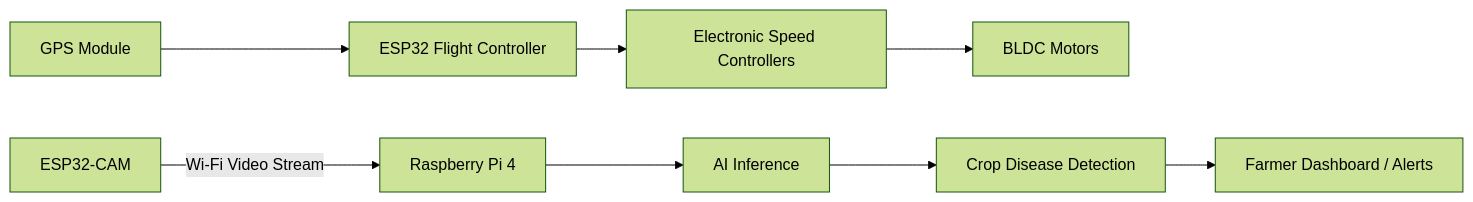
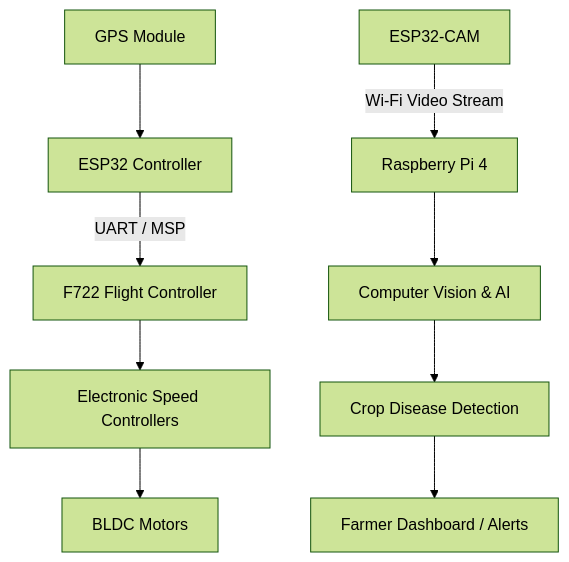
Before and after one commit to aarushpandit01/Agrosense-Drone: the diagram in README.md, drawn with Mermaid (forest theme). The commit also changed other lines of this file, not shown here.

````diff
--- a/README.md
+++ b/README.md
@@ -5,23 +7,27 @@
 ```mermaid
-flowchart LR
+flowchart TD
 
-    GPS[GPS Module]
-    ESP32[ESP32 Flight Controller]
-    ESC[Electronic Speed Controllers]
-    MOTOR[BLDC Motors]
+%% Flight Control
+GPS[GPS Module]
+ESP32[ESP32 Controller]
+F722[F722 Flight Controller]
+ESC[Electronic Speed Controllers]
+MOTORS[BLDC Motors]
 
-    CAM[ESP32-CAM]
-    PI[Raspberry Pi 4]
-    AI[AI Inference]
-    DISEASE[Crop Disease Detection]
-    DASH[Farmer Dashboard / Alerts]
+GPS --> ESP32
+ESP32 -->|UART / MSP| F722
+F722 --> ESC
+ESC --> MOTORS
 
-    GPS --> ESP32
-    ESP32 --> ESC
-    ESC --> MOTOR
+%% AI Pipeline
+CAM[ESP32-CAM]
+PI[Raspberry Pi 4]
+AI[Computer Vision & AI]
+DISEASE[Crop Disease Detection]
+ALERTS[Farmer Dashboard / Alerts]
 
-    CAM -->|Wi-Fi Video Stream| PI
-    PI --> AI
-    AI --> DISEASE
-    DISEASE --> DASH
+CAM -->|Wi-Fi Video Stream| PI
+PI --> AI
+AI --> DISEASE
+DISEASE --> ALERTS
 ```
````
